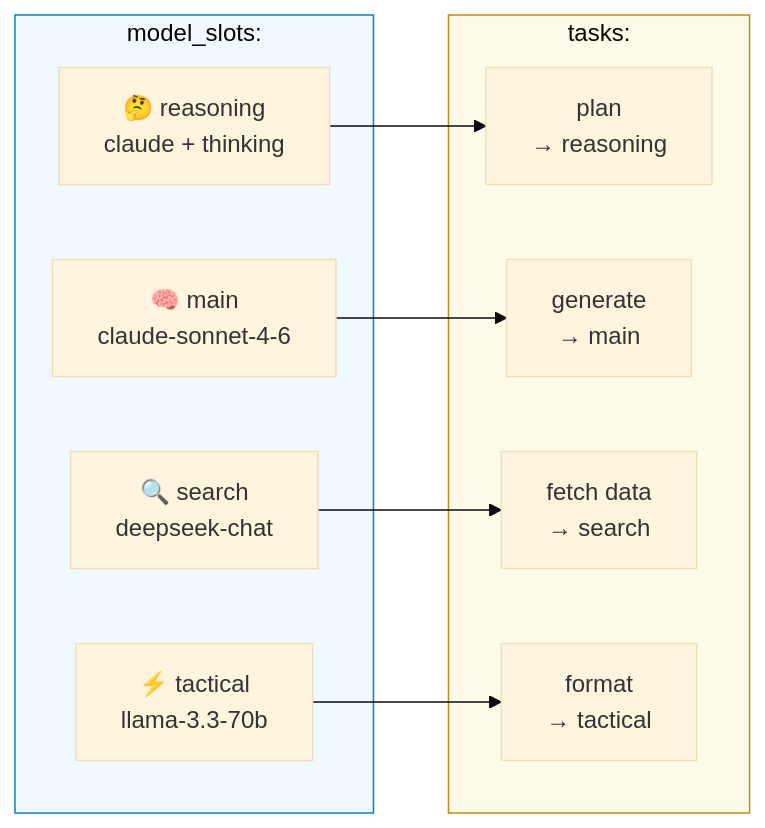
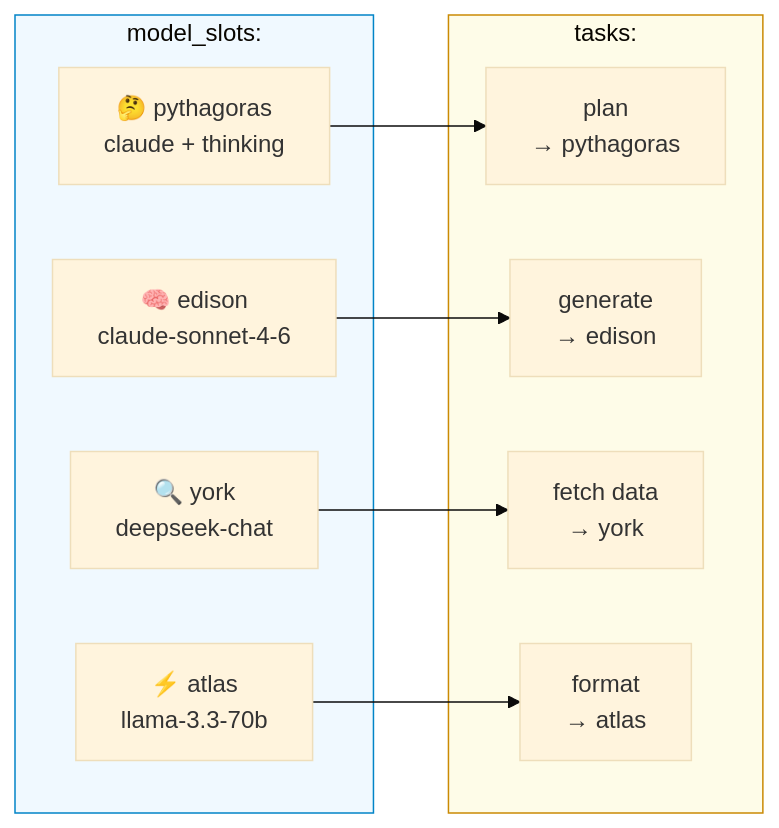
The third of 8 diagrams in docs/brainstorm/nika-evolution/05-evolution-roadmap.md (supernovae-st/nika), drawn with Mermaid (base theme) before and after one commit. The commit also changed other lines of this file and 12 other files, not shown here.

````diff
--- a/docs/brainstorm/nika-evolution/05-evolution-roadmap.md
+++ b/docs/brainstorm/nika-evolution/05-evolution-roadmap.md
@@ -94,24 +94,24 @@
 ```mermaid
 flowchart LR
     subgraph SLOTS["model_slots:"]
-        M["🧠 main\nclaude-sonnet-4-6"]
-        T["⚡ tactical\nllama-3.3-70b"]
-        S["🔍 search\ndeepseek-chat"]
-        R["🤔 reasoning\nclaude + thinking"]
+        M["🧠 edison\nclaude-sonnet-4-6"]
+        T["⚡ atlas\nllama-3.3-70b"]
+        S["🔍 york\ndeepseek-chat"]
+        R["🤔 pythagoras\nclaude + thinking"]
     end
 
     subgraph TASKS["tasks:"]
-        T1["plan\n→ reasoning"]
-        T2["generate\n→ main"]
-        T3["fetch data\n→ search"]
-        T4["format\n→ tactical"]
+        T1["plan\n→ pythagoras"]
+        T2["generate\n→ edison"]
+        T3["fetch data\n→ york"]
+        T4["format\n→ atlas"]
     end
 
     M --> T2
     T --> T4
     S --> T3
     R --> T1
 
     style SLOTS fill:#f0f9ff,stroke:#0284c7
     style TASKS fill:#fefce8,stroke:#ca8a04
 ```
````
